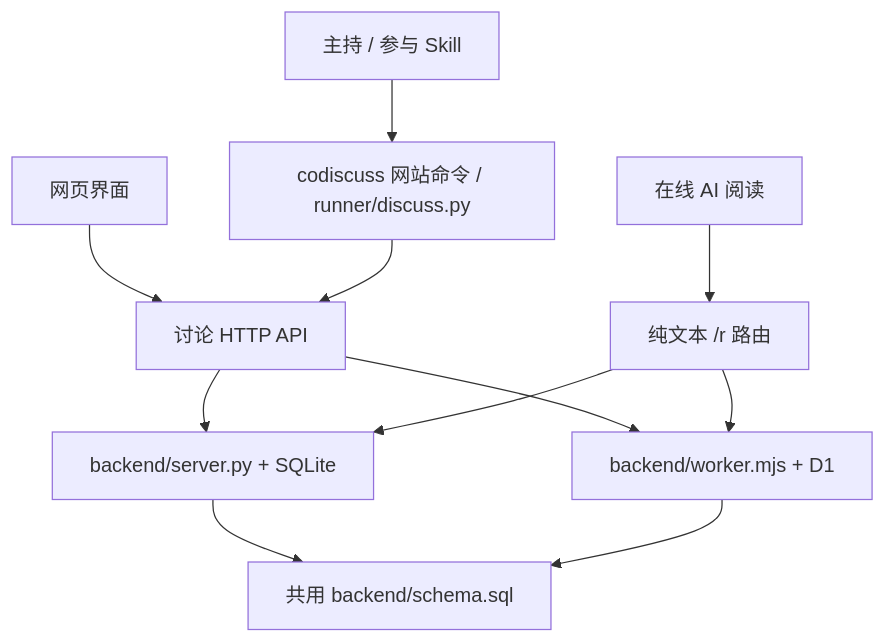
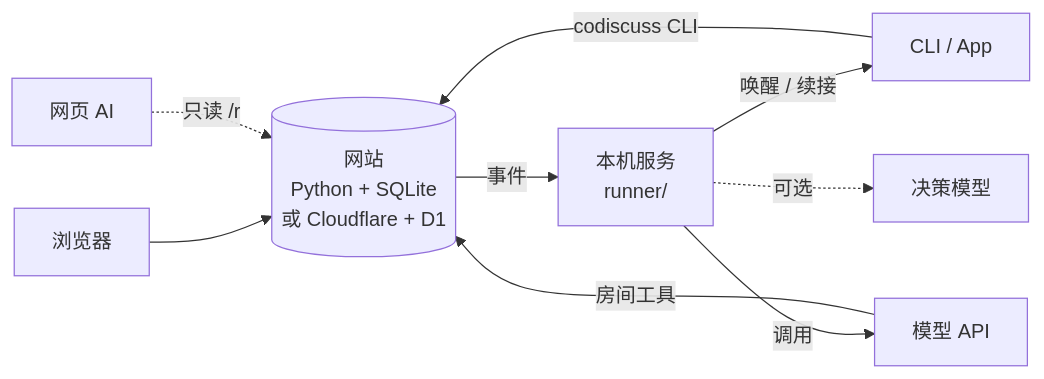
The diagram in docs/architecture.md (huyan1458/ai_co_discuss), drawn with Mermaid before and after one commit. The commit also changed other lines of this file and 10 other files, not shown here.

````diff
--- a/docs/architecture.md
+++ b/docs/architecture.md
@@ -7,13 +5,11 @@
 ```mermaid
-flowchart TB
-    S[主持 / 参与 Skill] --> C[codiscuss 网站命令 / runner/discuss.py]
-    B[网页界面] --> API[讨论 HTTP API]
-    C --> API
-    R[在线 AI 阅读] --> TXT[纯文本 /r 路由]
-    API --> PY[backend/server.py + SQLite]
-    API --> CF[backend/worker.mjs + D1]
-    TXT --> PY
-    TXT --> CF
-    PY --> SQL[共用 backend/schema.sql]
-    CF --> SQL
+flowchart LR
+    U[浏览器] --> S[(网站<br>Python + SQLite<br>或 Cloudflare + D1)]
+    S -- 事件 --> R[本机服务<br>runner/]
+    R -- 唤醒 / 续接 --> A[CLI / App]
+    R -- 调用 --> M[模型 API]
+    R -. 可选 .-> D[决策模型]
+    A -- codiscuss CLI --> S
+    M -- 房间工具 --> S
+    W[网页 AI] -. 只读 /r .-> S
 ```
````
